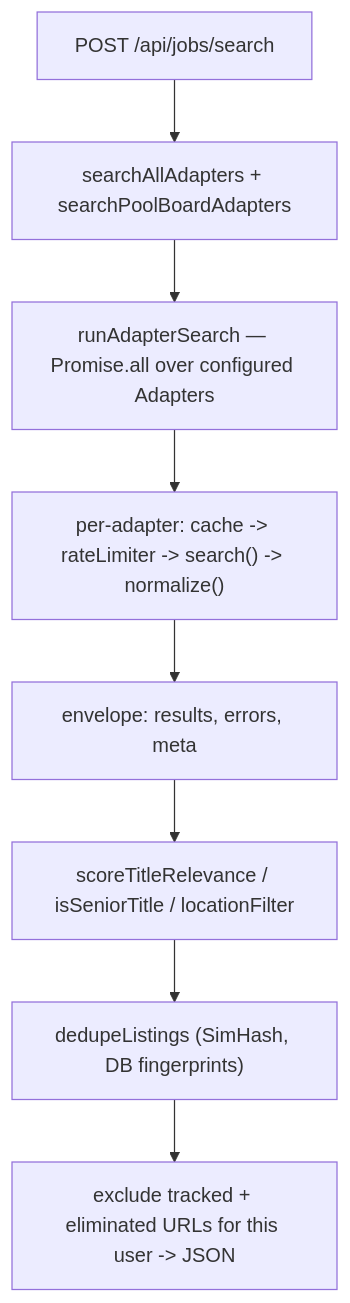
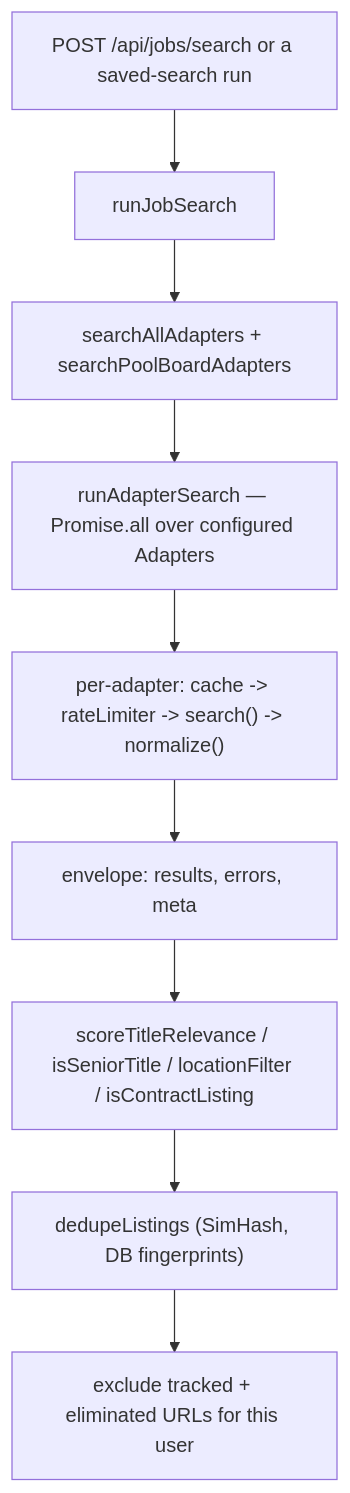
Before and after one commit to Darius-PJ/Serpo: the first of 2 diagrams in docs/ARCHITECTURE.md, drawn with Mermaid. The commit also changed other lines of this file and 91 other files, not shown here.

First line of the commit message:
Saved searches and while-open automation, Careerjet, and a Job Board Setup guide

````diff
--- a/docs/ARCHITECTURE.md
+++ b/docs/ARCHITECTURE.md
@@ -167,10 +173,11 @@
 ```mermaid
 flowchart TD
-  A["POST /api/jobs/search"] --> B["searchAllAdapters + searchPoolBoardAdapters"]
+  A["POST /api/jobs/search or a saved-search run"] --> R["runJobSearch"]
+  R --> B["searchAllAdapters + searchPoolBoardAdapters"]
   B --> C["runAdapterSearch — Promise.all over configured Adapters"]
   C --> D["per-adapter: cache -> rateLimiter -> search() -> normalize()"]
   D --> E["envelope: results, errors, meta"]
-  E --> F["scoreTitleRelevance / isSeniorTitle / locationFilter"]
+  E --> F["scoreTitleRelevance / isSeniorTitle / locationFilter / isContractListing"]
   F --> G["dedupeListings (SimHash, DB fingerprints)"]
-  G --> H["exclude tracked + eliminated URLs for this user -> JSON"]
+  G --> H["exclude tracked + eliminated URLs for this user"]
 ```
````
